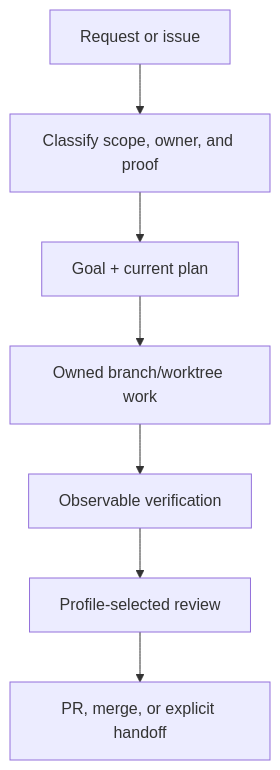
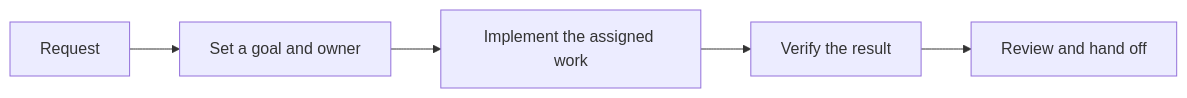
The diagram in README.md (eunsoogi/codexy), drawn with Mermaid before and after one commit. The commit also changed other lines of this file and 1 other file, not shown here.

````diff
--- a/README.md
+++ b/README.md
@@ -217,9 +118,7 @@
 ```mermaid
-flowchart TD
-    request["Request or issue"] --> classify["Classify scope, owner, and proof"]
-    classify --> plan["Goal + current plan"]
-    plan --> work["Owned branch/worktree work"]
-    work --> verify["Observable verification"]
-    verify --> review["Profile-selected review"]
-    review --> finish["PR, merge, or explicit handoff"]
+flowchart LR
+    request["Request"] --> goal["Set a goal and owner"]
+    goal --> work["Implement the assigned work"]
+    work --> verify["Verify the result"]
+    verify --> handoff["Review and hand off"]
 ```
````
